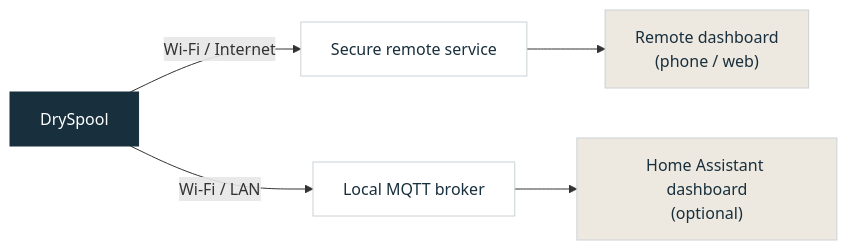
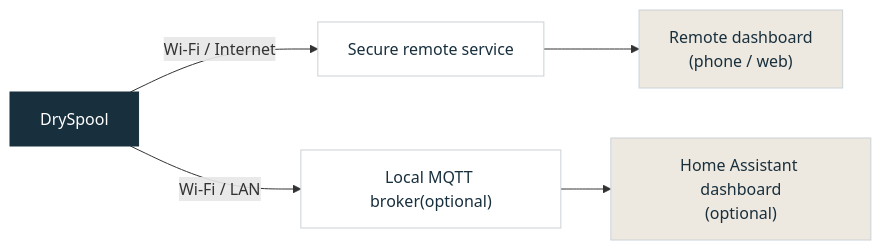
Before and after one commit to ese5180/f26-t06-dry-spool: the second of 2 diagrams in README.md, drawn with Mermaid. The commit also changed other lines of this file and 1 other file, not shown here.

````diff
--- a/README.md
+++ b/README.md
@@ -65,14 +65,14 @@
 ```mermaid
 flowchart LR
     D["DrySpool"] -->|"Wi-Fi / Internet"| S["Secure remote service"]
     S --> A["Remote dashboard<br/>(phone / web)"]
-    D -->|"Wi-Fi / LAN"| M["Local MQTT broker"]
+    D -->|"Wi-Fi / LAN"| M["Local MQTT broker(optional)"]
     M --> H["Home Assistant dashboard<br/>(optional)"]
 
     classDef device fill:#182f3d,stroke:#182f3d,color:#ffffff;
     classDef service fill:#ffffff,stroke:#cbd2d6,color:#182f3d;
     classDef interface fill:#eee9e0,stroke:#cbd2d6,color:#182f3d;
     class D device;
     class S,M service;
     class A,H interface;
 ```
````
